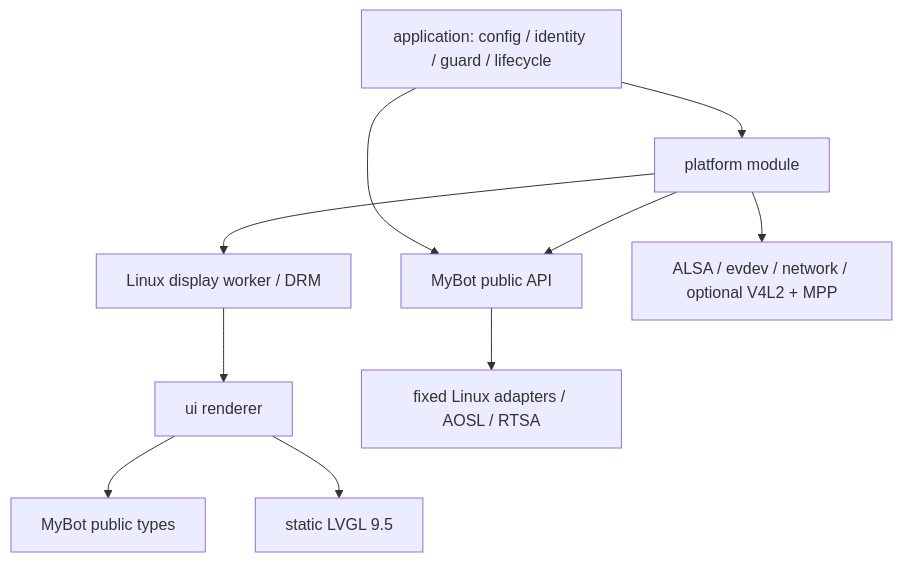
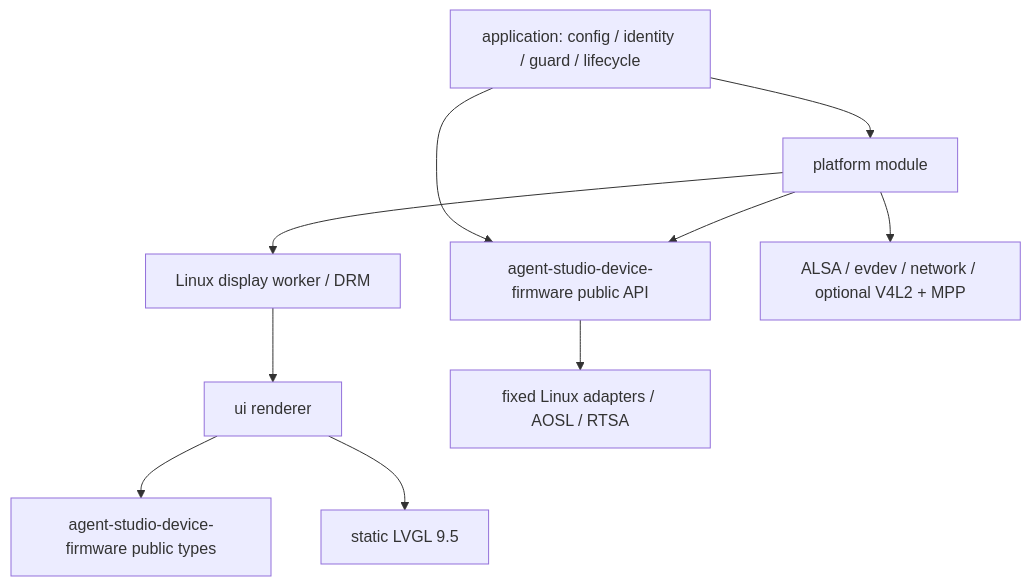
Before and after one commit to AgoraIO-Community/agora-r2-pro-devkit: the diagram in docs/development/architecture.zh-CN.md, drawn with Mermaid. The commit also changed other lines of this file and 16 other files, not shown here.

````diff
--- a/docs/development/architecture.zh-CN.md
+++ b/docs/development/architecture.zh-CN.md
@@ -25,12 +25,12 @@
 ```mermaid
 flowchart TD
     app[application: config / identity / guard / lifecycle] --> platform[platform module]
-    app --> sdk[MyBot public API]
+    app --> sdk[agent-studio-device-firmware public API]
     platform --> sdk
     platform --> display[Linux display worker / DRM]
     platform --> io[ALSA / evdev / network / optional V4L2 + MPP]
     display --> ui[ui renderer]
-    ui --> public[MyBot public types]
+    ui --> public[agent-studio-device-firmware public types]
     ui --> lvgl[static LVGL 9.5]
     sdk --> adapters[fixed Linux adapters / AOSL / RTSA]
 ```
````
